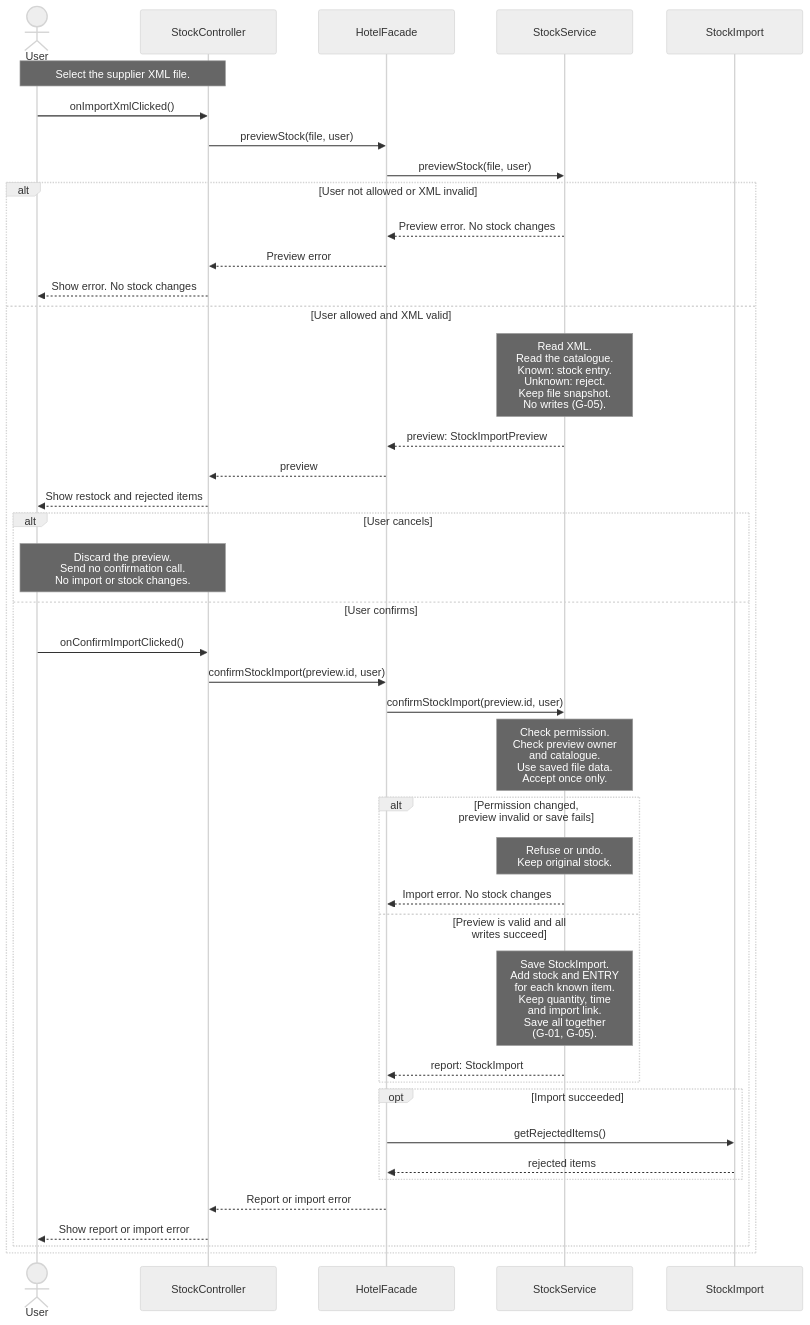
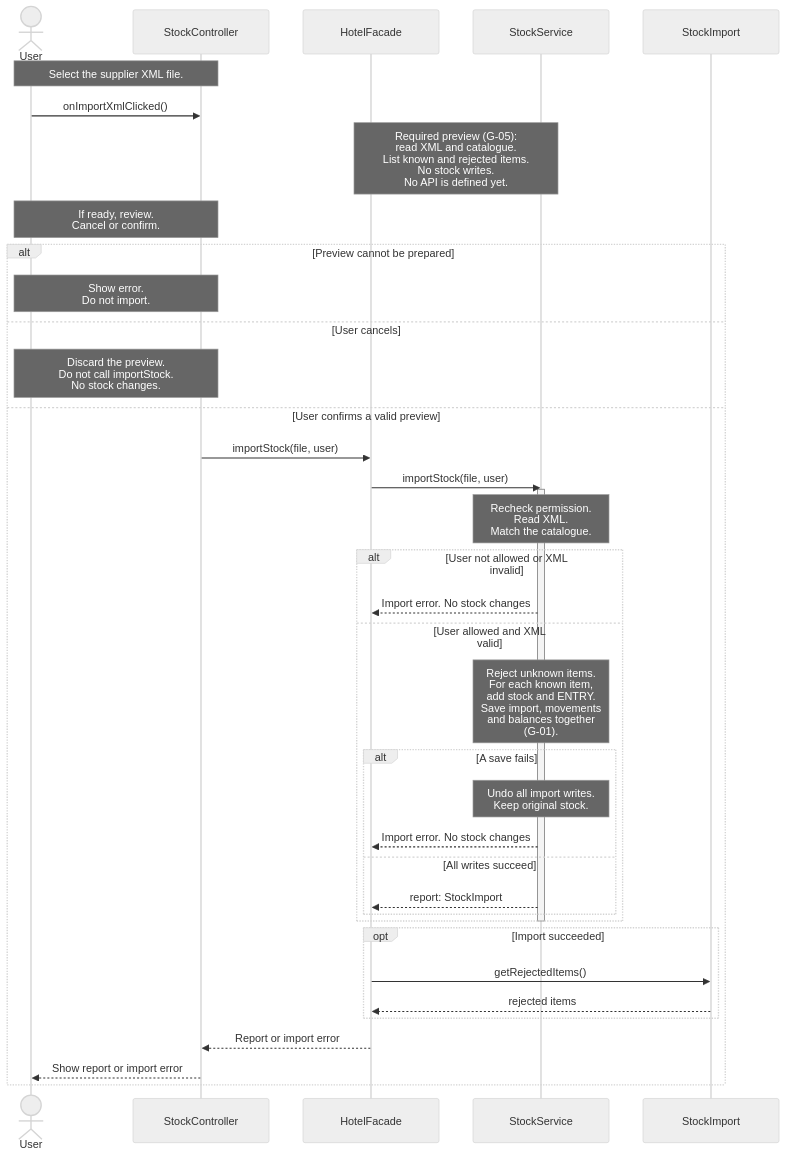
One commit to BorjaTiago/hotel4you changed the second of 2 diagrams in docs/uml/sequence-diagrams.md. Above: the diagram before and after it, drawn with Mermaid. The commit also changed other lines of this file and 12 other files, not shown here.

Commit message:
H4Y-8 limit PR changes to sequence diagrams

````diff
--- a/docs/uml/sequence-diagrams.md
+++ b/docs/uml/sequence-diagrams.md
@@ -84,44 +86,41 @@
 ```mermaid
 %%{init: {"theme":"neutral","fontFamily":"Arial","sequence":{"actorFontFamily":"Arial","noteFontFamily":"Arial","messageFontFamily":"Arial","width":200,"wrap":true}}}%%
 sequenceDiagram
     actor User
     participant SC as StockController
     participant F as HotelFacade
     participant SS as StockService
     participant R as StockImport
     Note over User,SC: Select the supplier XML file.
     User->>SC: onImportXmlClicked()
-    SC->>F: previewStock(file, user)
-    F->>SS: previewStock(file, user)
-    alt User not allowed or XML invalid
-        SS-->>F: Preview error. No stock changes
-        F-->>SC: Preview error
-        SC-->>User: Show error. No stock changes
-    else User allowed and XML valid
-        Note over SS: Read XML.<br/>Read the catalogue.<br/>Known: stock entry.<br/>Unknown: reject.<br/>Keep file snapshot.<br/>No writes (G-05).
-        SS-->>F: preview: StockImportPreview
-        F-->>SC: preview
-        SC-->>User: Show restock and rejected items
-        alt User cancels
-            Note over User,SC: Discard the preview.<br/>Send no confirmation call.<br/>No import or stock changes.
-        else User confirms
-            User->>SC: onConfirmImportClicked()
-            SC->>F: confirmStockImport(preview.id, user)
-            F->>SS: confirmStockImport(preview.id, user)
-            Note over SS: Check permission.<br/>Check preview owner<br/>and catalogue.<br/>Use saved file data.<br/>Accept once only.
-            alt Permission changed, preview invalid or save fails
-                Note over SS: Refuse or undo.<br/>Keep original stock.
+    Note over F,SS: Required preview (G-05):<br/>read XML and catalogue.<br/>List known and rejected items.<br/>No stock writes.<br/>No API is defined yet.
+    Note over User,SC: If ready, review.<br/>Cancel or confirm.
+    alt Preview cannot be prepared
+        Note over User,SC: Show error.<br/>Do not import.
+    else User cancels
+        Note over User,SC: Discard the preview.<br/>Do not call importStock.<br/>No stock changes.
+    else User confirms a valid preview
+        SC->>F: importStock(file, user)
+        F->>SS: importStock(file, user)
+        activate SS
+        Note over SS: Recheck permission.<br/>Read XML.<br/>Match the catalogue.
+        alt User not allowed or XML invalid
+            SS-->>F: Import error. No stock changes
+        else User allowed and XML valid
+            Note over SS: Reject unknown items.<br/>For each known item,<br/>add stock and ENTRY.<br/>Save import, movements<br/>and balances together<br/>(G-01).
+            alt A save fails
+                Note over SS: Undo all import writes.<br/>Keep original stock.
                 SS-->>F: Import error. No stock changes
-            else Preview is valid and all writes succeed
-                Note over SS: Save StockImport.<br/>Add stock and ENTRY<br/>for each known item.<br/>Keep quantity, time<br/>and import link.<br/>Save all together<br/>(G-01, G-05).
+            else All writes succeed
                 SS-->>F: report: StockImport
             end
-            opt Import succeeded
-                F->>R: getRejectedItems()
-                R-->>F: rejected items
-            end
-            F-->>SC: Report or import error
-            SC-->>User: Show report or import error
         end
+        deactivate SS
+        opt Import succeeded
+            F->>R: getRejectedItems()
+            R-->>F: rejected items
+        end
+        F-->>SC: Report or import error
+        SC-->>User: Show report or import error
     end
 ```
````
